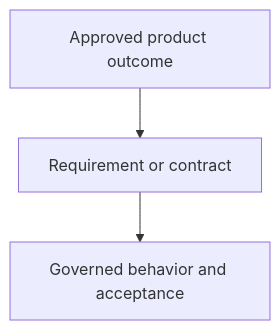
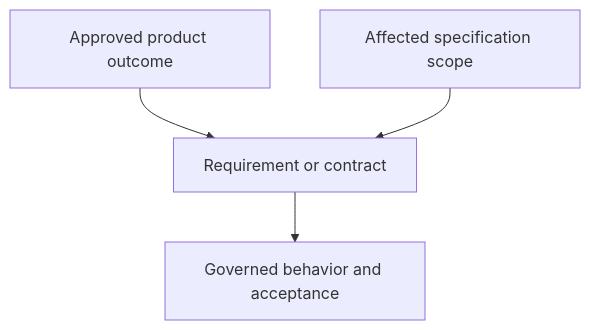
The diagram in .github/PULL_REQUEST_TEMPLATE/specification.md (WD-Mitchell/which-model), drawn with Mermaid before and after one commit. The commit also changed other lines of this file and 4 other files, not shown here.

Commit message:
docs(templates): use both dimensions in Mermaid layouts

````diff
--- a/.github/PULL_REQUEST_TEMPLATE/specification.md
+++ b/.github/PULL_REQUEST_TEMPLATE/specification.md
@@ -10,8 +10,10 @@
 ```mermaid
 flowchart TD
   request[Approved product outcome]
+  scope[Affected specification scope]
   contract[Requirement or contract]
   behavior[Governed behavior and acceptance]
   request --> contract
+  scope --> contract
   contract --> behavior
 ```
````
